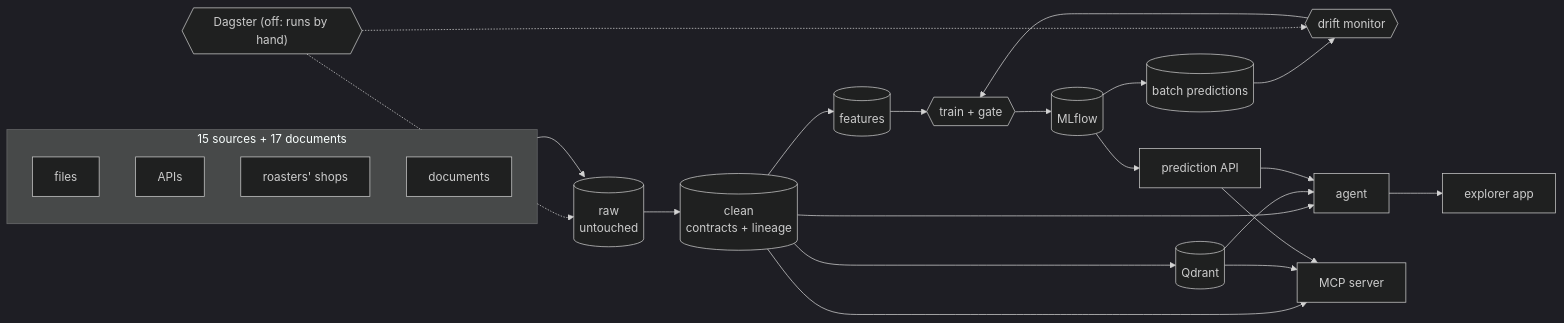
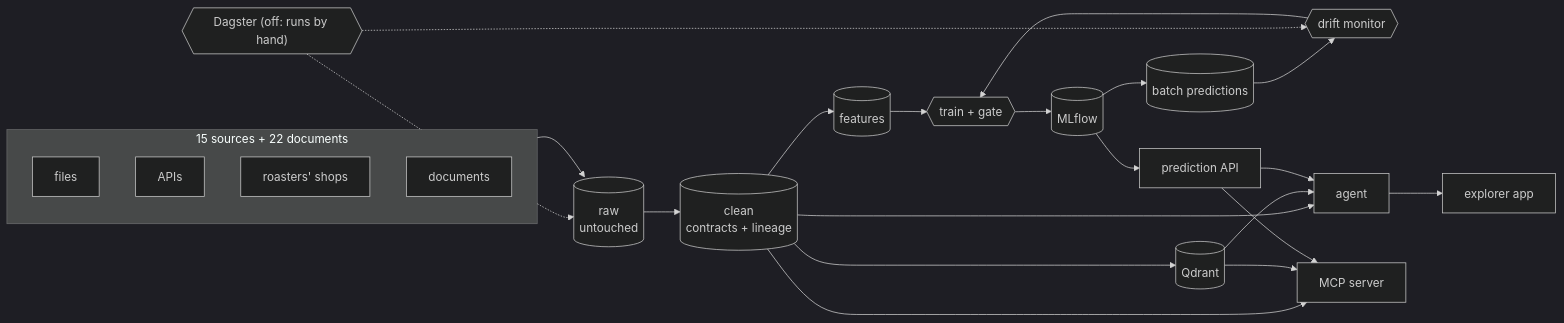
One commit to AlanMLCH/coffee_mlops changed the diagram in README.md. Above: the diagram before and after it, drawn with Mermaid (dark theme). The commit also changed other lines of this file and 3 other files, not shown here.

````diff
--- a/README.md
+++ b/README.md
@@ -101,30 +101,30 @@
 ```mermaid
 flowchart LR
-    subgraph SOURCES["15 sources + 17 documents"]
+    subgraph SOURCES["15 sources + 22 documents"]
         files["files"]
         apis["APIs"]
         shops["roasters' shops"]
         documents["documents"]
     end
     raw[("raw<br/>untouched")]
     clean[("clean<br/>contracts + lineage")]
     features[("features")]
     gate{{"train + gate"}}
     mlflow[("MLflow")]
     predictions[("batch predictions")]
     api["prediction API"]
     monitor{{"drift monitor"}}
     qdrant[("Qdrant")]
     agent["agent"]
     mcp["MCP server"]
     explorer["explorer app"]
     dagster{{"Dagster (off: runs by hand)"}}
 
     SOURCES --> raw --> clean --> features --> gate --> mlflow
     mlflow --> api & predictions
     predictions --> monitor --> gate
     clean --> qdrant
     clean & qdrant & api --> agent --> explorer
     clean & qdrant & api --> mcp
     dagster -.-> raw & monitor
 ```
````
